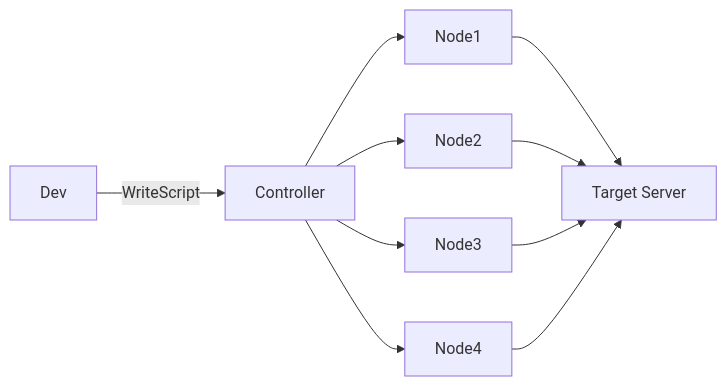
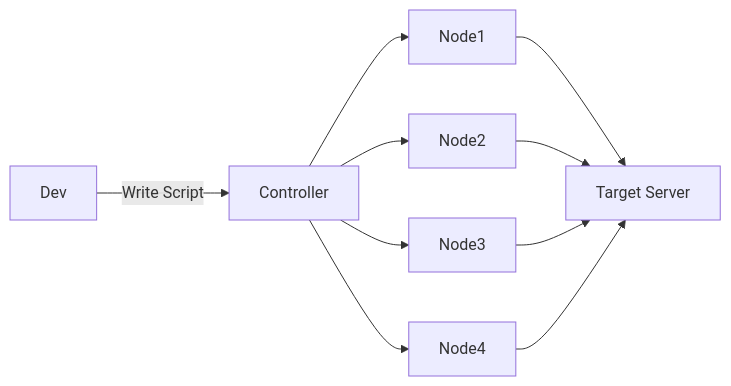
One commit to codebytes/load-testing changed the diagram in slides/Slides.md. Above: the diagram before and after it, drawn with Mermaid. The commit also changed other lines of this file, not shown here.

Commit message:
updated diagram

```diff
--- a/slides/Slides.md
+++ b/slides/Slides.md
@@ -156,8 +156,8 @@
 <div class="mermaid">
 flowchart LR
-Dev --WriteScript--> M[Controller]
+Dev --Write Script--> M[Controller]
 M-->Node1-->T[Target Server]
 M-->Node2-->T
 M-->Node3-->T
 M-->Node4-->T
 </div>
```
